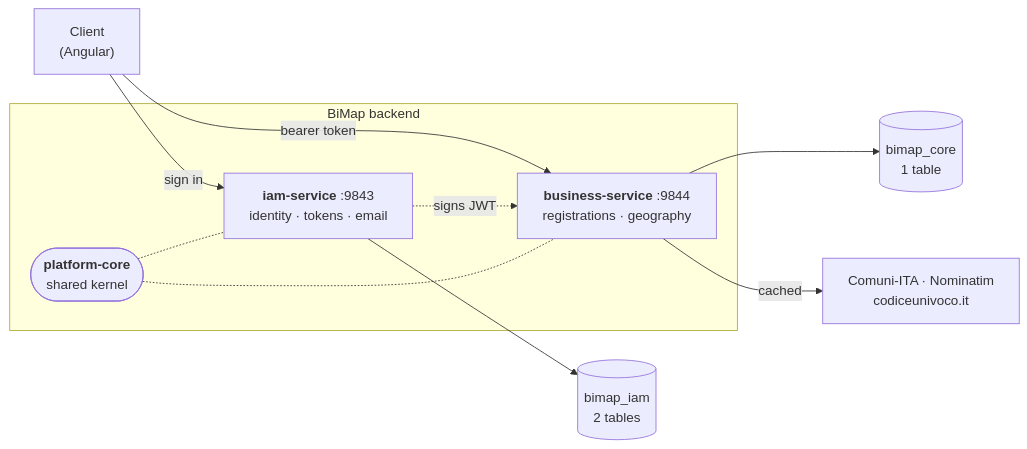
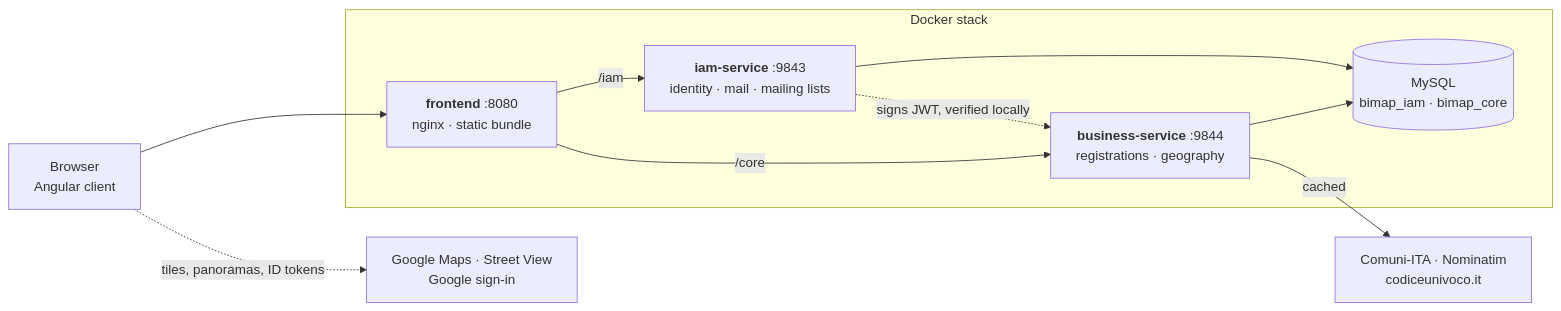
The diagram in README.md (krishnapilato/bimap), drawn with Mermaid before and after one commit. The commit also changed other lines of this file and 1 other file, not shown here.

````diff
--- a/README.md
+++ b/README.md
@@ -15,23 +36,23 @@
 ```mermaid
 flowchart LR
-    Client["Client<br/>(Angular)"]
+    Browser["Browser<br/>Angular client"]
 
-    subgraph platform["BiMap backend"]
-        IAM["<b>iam-service</b> :9843<br/>identity · tokens · email"]
+    subgraph stack["Docker stack"]
+        Nginx["<b>frontend</b> :8080<br/>nginx · static bundle"]
+        IAM["<b>iam-service</b> :9843<br/>identity · mail · mailing lists"]
         BIZ["<b>business-service</b> :9844<br/>registrations · geography"]
-        CORE(["<b>platform-core</b><br/>shared kernel"])
+        DB[("MySQL<br/>bimap_iam · bimap_core")]
     end
 
-    IAMDB[("bimap_iam<br/>2 tables")]
-    BIZDB[("bimap_core<br/>1 table")]
-    UP["Comuni-ITA · Nominatim<br/>codiceunivoco.it"]
+    Google["Google Maps · Street View<br/>Google sign-in"]
+    Upstream["Comuni-ITA · Nominatim<br/>codiceunivoco.it"]
 
-    Client -- "sign in" --> IAM
-    Client -- "bearer token" --> BIZ
-    IAM -.->|"signs JWT"| BIZ
-    CORE -.- IAM
-    CORE -.- BIZ
-    IAM --> IAMDB
-    BIZ --> BIZDB
-    BIZ -- "cached" --> UP
+    Browser --> Nginx
+    Nginx -- "/iam" --> IAM
+    Nginx -- "/core" --> BIZ
+    IAM --> DB
+    BIZ --> DB
+    BIZ -- "cached" --> Upstream
+    Browser -. "tiles, panoramas, ID tokens" .-> Google
+    IAM -. "signs JWT, verified locally" .-> BIZ
 ```
````
